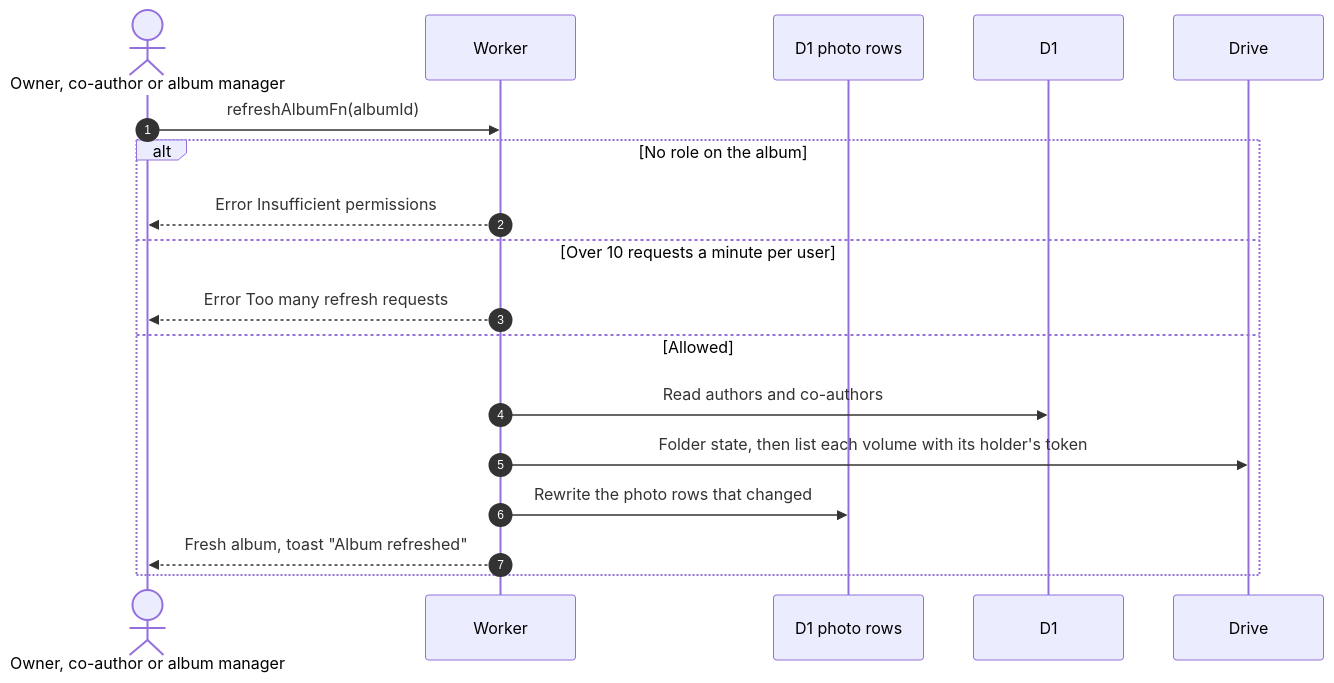
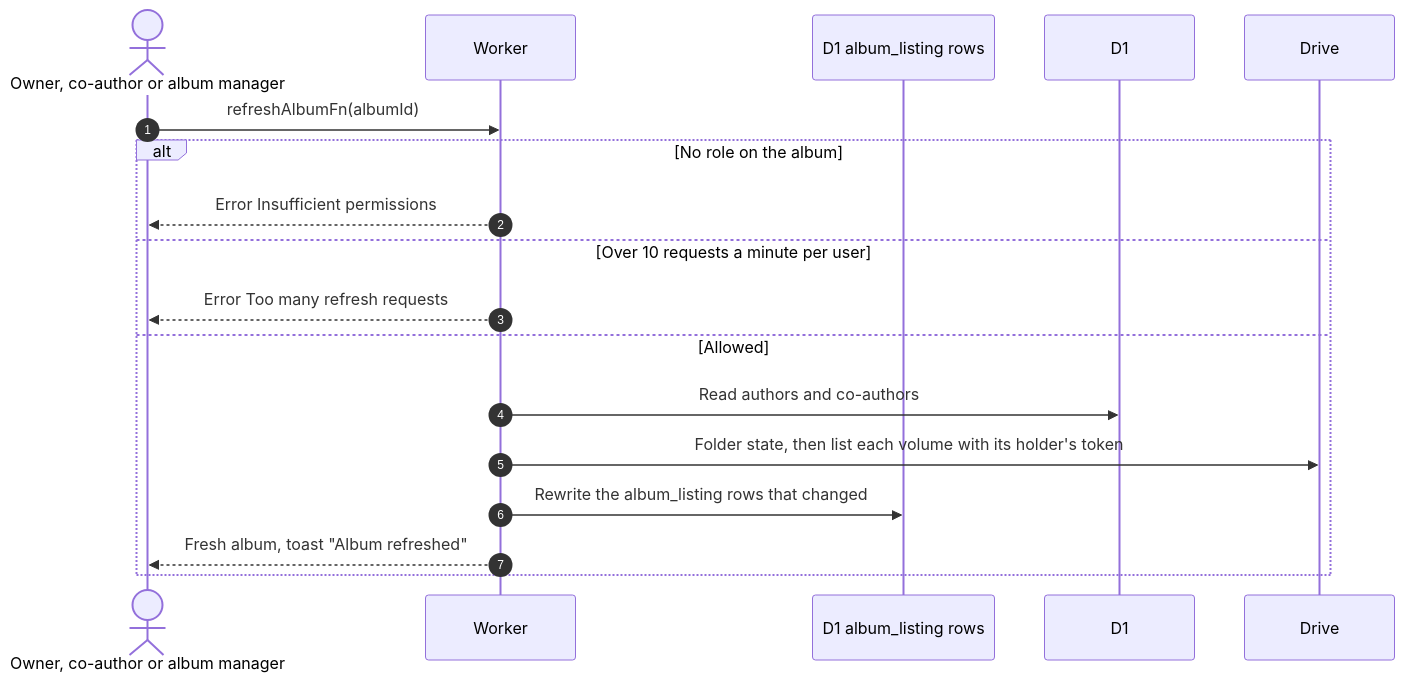
Before and after one commit to sagyzdop/meriksirat: the diagram in docs/scenarios/member/albums/refresh.md, drawn with Mermaid. The commit also changed other lines of this file and 13 other files, not shown here.

Commit message:
docs: document album_listing and move kv scenarios to state

````diff
--- a/docs/scenarios/member/albums/refresh.md
+++ b/docs/scenarios/member/albums/refresh.md
@@ -9,20 +9,20 @@
 ```mermaid
 sequenceDiagram
     autonumber
     actor M as Owner, co-author or album manager
     participant W as Worker
-    participant K as D1 photo rows
+    participant K as D1 album_listing rows
     participant D as D1
     participant G as Drive
     M->>W: refreshAlbumFn(albumId)
     alt No role on the album
         W-->>M: Error Insufficient permissions
     else Over 10 requests a minute per user
         W-->>M: Error Too many refresh requests
     else Allowed
         W->>D: Read authors and co-authors
         W->>G: Folder state, then list each volume with its holder's token
-        W->>K: Rewrite the photo rows that changed
+        W->>K: Rewrite the album_listing rows that changed
         W-->>M: Fresh album, toast "Album refreshed"
     end
 ```
````
